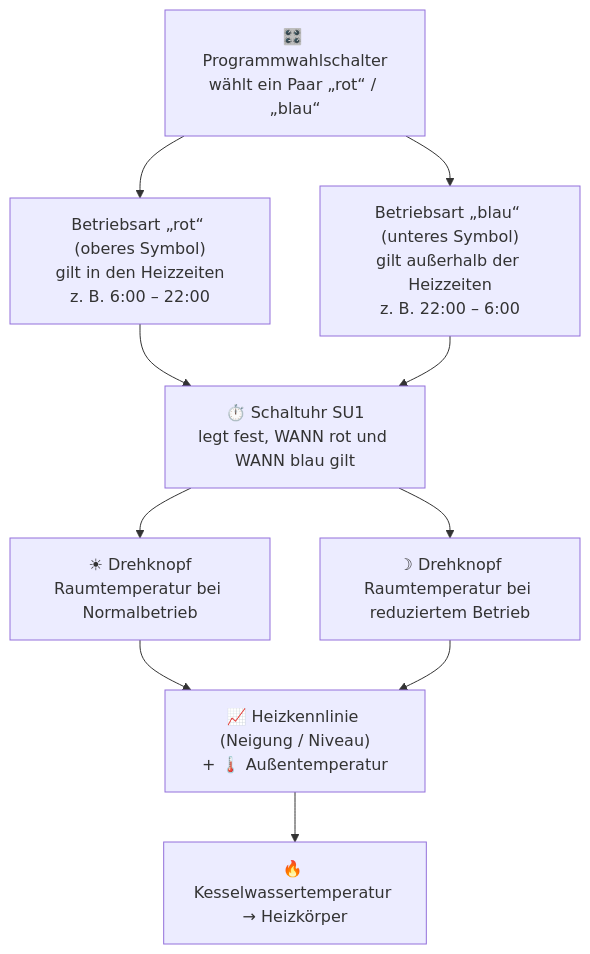
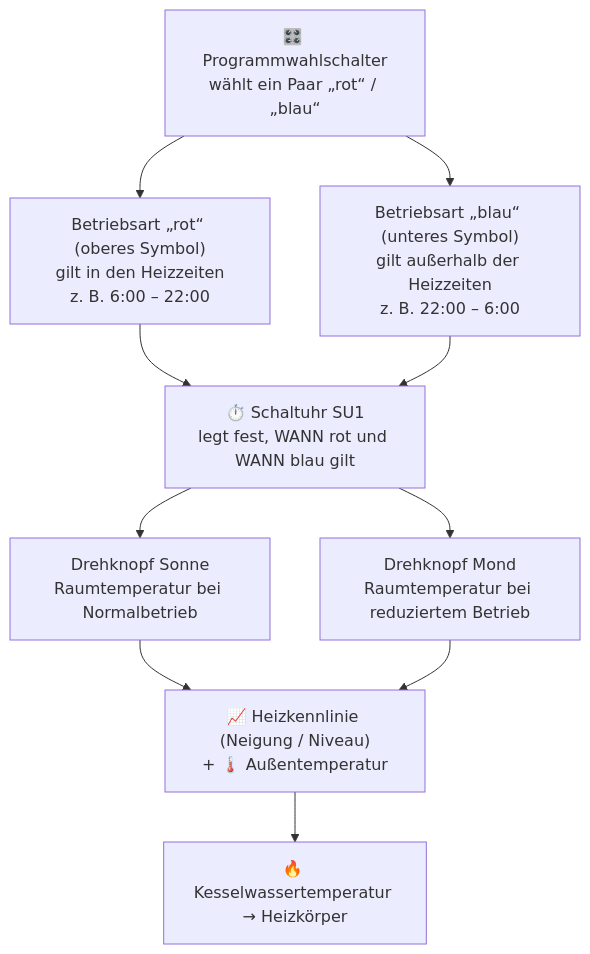
One commit to matzeknusper/Anleitung-Heizung- changed the diagram in docs/bedienung.md. Above: the diagram before and after it, drawn with Mermaid. The commit also changed other lines of this file and 55 other files, not shown here.

````diff
--- a/docs/bedienung.md
+++ b/docs/bedienung.md
@@ -55,20 +83,20 @@
 ```mermaid
 flowchart TB
     P["🎛️ Programmwahlschalter<br/>wählt ein Paar „rot“ / „blau“"]
     R["Betriebsart „rot“ (oberes Symbol)<br/>gilt in den Heizzeiten<br/>z. B. 6:00 – 22:00"]
     B["Betriebsart „blau“ (unteres Symbol)<br/>gilt außerhalb der Heizzeiten<br/>z. B. 22:00 – 6:00"]
     U["⏱️ Schaltuhr SU1<br/>legt fest, WANN rot und WANN blau gilt"]
-    S["☀ Drehknopf<br/>Raumtemperatur bei Normalbetrieb"]
-    M["☽ Drehknopf<br/>Raumtemperatur bei reduziertem Betrieb"]
+    S["Drehknopf Sonne<br/>Raumtemperatur bei Normalbetrieb"]
+    M["Drehknopf Mond<br/>Raumtemperatur bei reduziertem Betrieb"]
     K["📈 Heizkennlinie (Neigung / Niveau)<br/>+ 🌡️ Außentemperatur"]
     T["🔥 Kesselwassertemperatur → Heizkörper"]
     P --> R
     P --> B
     R --> U
     B --> U
     U --> S
     U --> M
     S --> K
     M --> K
     K --> T
 ```
````
